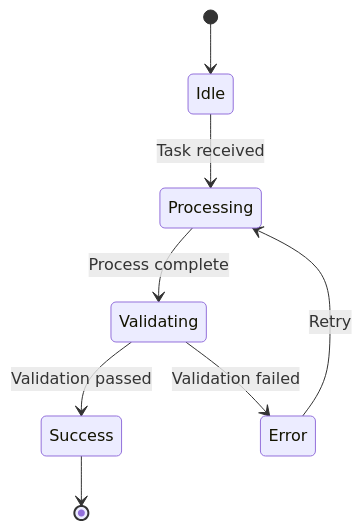
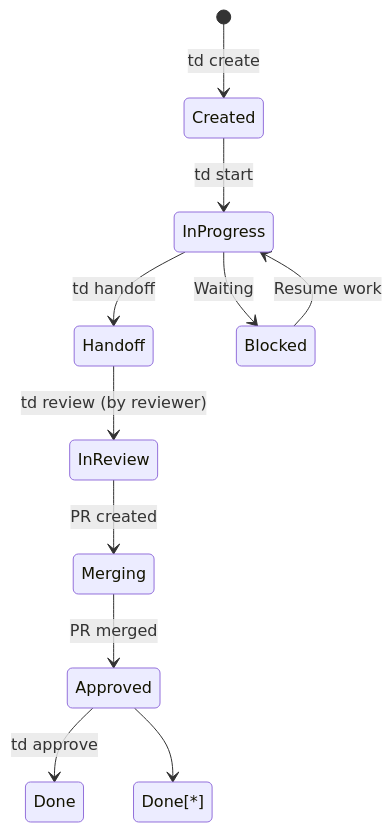
The fifth of 5 diagrams in docs/test-mermaid.md (pjsvis/mastra-hono), drawn with Mermaid before and after one commit. The commit also changed other lines of this file, not shown here.

First line of the commit message:
docs: update test-mermaid with actual project workflows

````diff
--- a/docs/test-mermaid.md
+++ b/docs/test-mermaid.md
@@ -40,10 +141,14 @@
 ```mermaid
 stateDiagram-v2
-    [*] --> Idle
-    Idle --> Processing: Task received
-    Processing --> Validating: Process complete
-    Validating --> Success: Validation passed
-    Validating --> Error: Validation failed
-    Error --> Processing: Retry
-    Success --> [*]
+    [*] --> Created: td create
+    Created --> InProgress: td start
+    InProgress --> Handoff: td handoff
+    Handoff --> InReview: td review (by reviewer)
+    InReview --> Merging: PR created
+    Merging --> Approved: PR merged
+    Approved --> Done: td approve
+    Approved --> Done[*]
+    
+    InProgress --> Blocked: Waiting
+    Blocked --> InProgress: Resume work
 ```
````
